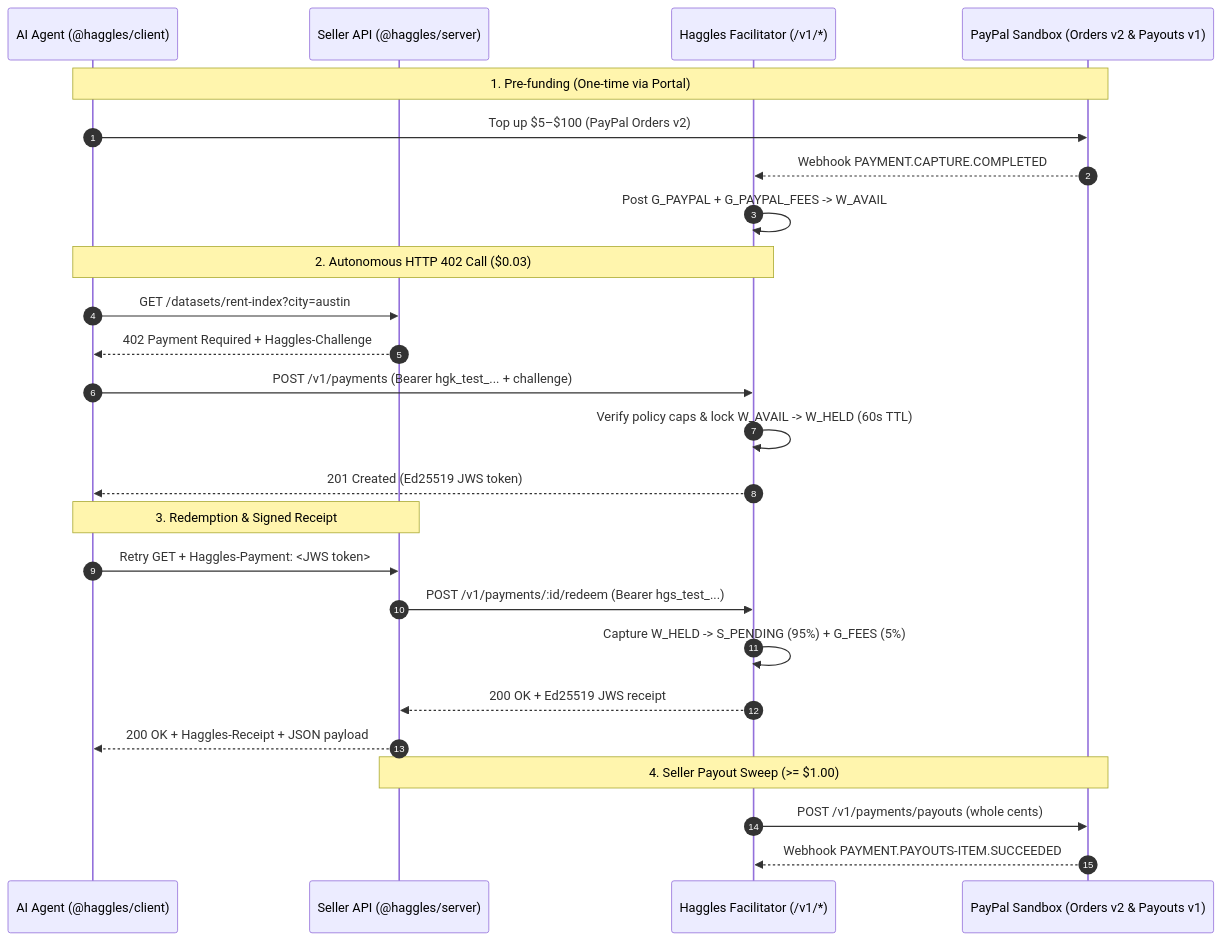
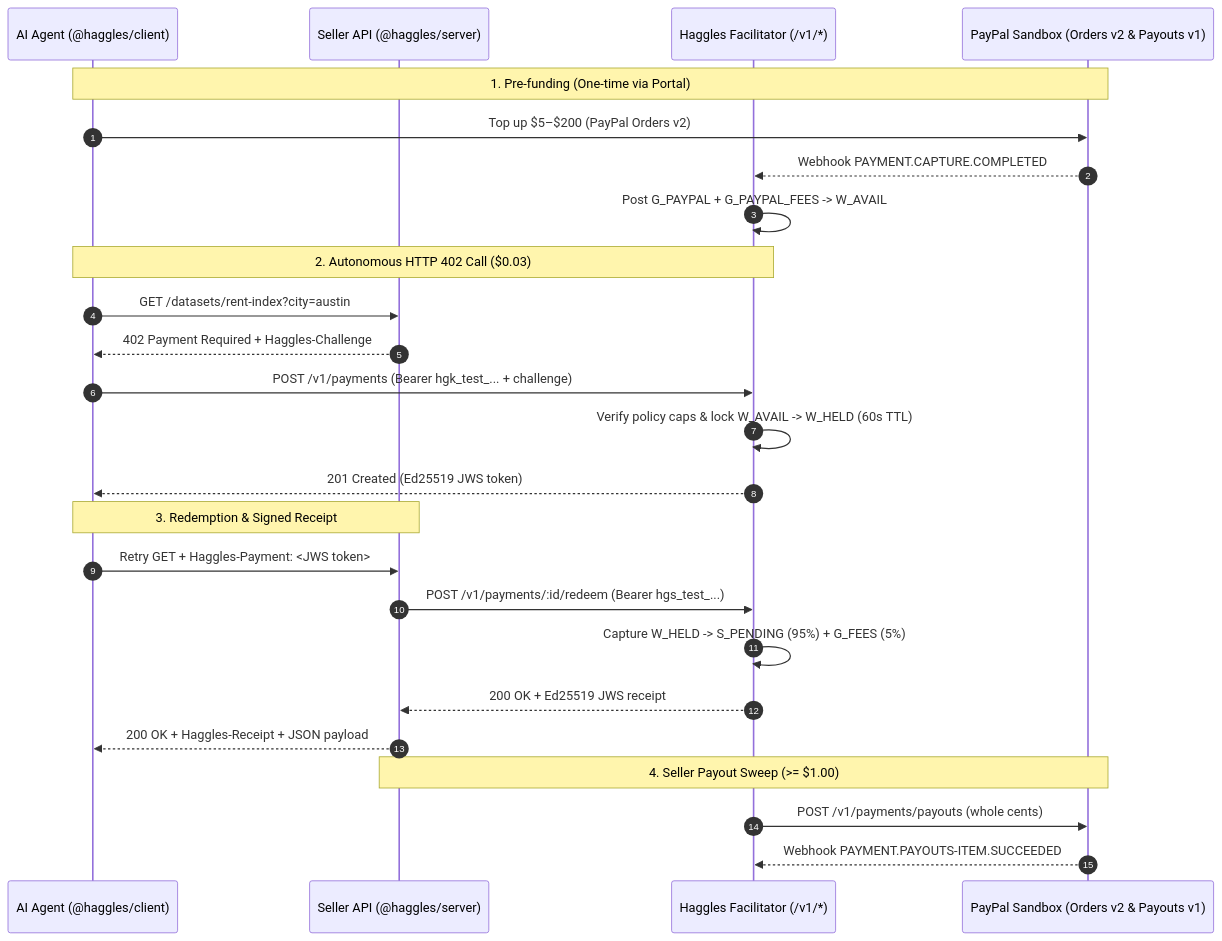
Before and after one commit to divin3circle/haggles: the diagram in apps/docs/introduction.mdx, drawn with Mermaid. The commit also changed other lines of this file and 6 other files, not shown here.

````diff
--- a/apps/docs/introduction.mdx
+++ b/apps/docs/introduction.mdx
@@ -26,31 +26,31 @@
 ```mermaid
 sequenceDiagram
     autonumber
     participant Agent as AI Agent (@haggles/client)
     participant Seller as Seller API (@haggles/server)
     participant Fac as Haggles Facilitator (/v1/*)
     participant PP as PayPal Sandbox (Orders v2 & Payouts v1)
 
     Note over Agent,PP: 1. Pre-funding (One-time via Portal)
-    Agent->>PP: Top up $5–$100 (PayPal Orders v2)
+    Agent->>PP: Top up $5–$200 (PayPal Orders v2)
     PP-->>Fac: Webhook PAYMENT.CAPTURE.COMPLETED
     Fac->>Fac: Post G_PAYPAL + G_PAYPAL_FEES -> W_AVAIL
 
     Note over Agent,Fac: 2. Autonomous HTTP 402 Call ($0.03)
     Agent->>Seller: GET /datasets/rent-index?city=austin
     Seller-->>Agent: 402 Payment Required + Haggles-Challenge
     Agent->>Fac: POST /v1/payments (Bearer hgk_test_... + challenge)
     Fac->>Fac: Verify policy caps & lock W_AVAIL -> W_HELD (60s TTL)
     Fac-->>Agent: 201 Created (Ed25519 JWS token)
 
     Note over Agent,Seller: 3. Redemption & Signed Receipt
     Agent->>Seller: Retry GET + Haggles-Payment: <JWS token>
     Seller->>Fac: POST /v1/payments/:id/redeem (Bearer hgs_test_...)
     Fac->>Fac: Capture W_HELD -> S_PENDING (95%) + G_FEES (5%)
     Fac-->>Seller: 200 OK + Ed25519 JWS receipt
     Seller-->>Agent: 200 OK + Haggles-Receipt + JSON payload
 
     Note over Seller,PP: 4. Seller Payout Sweep (>= $1.00)
     Fac->>PP: POST /v1/payments/payouts (whole cents)
     PP-->>Fac: Webhook PAYMENT.PAYOUTS-ITEM.SUCCEEDED
 ```
````
